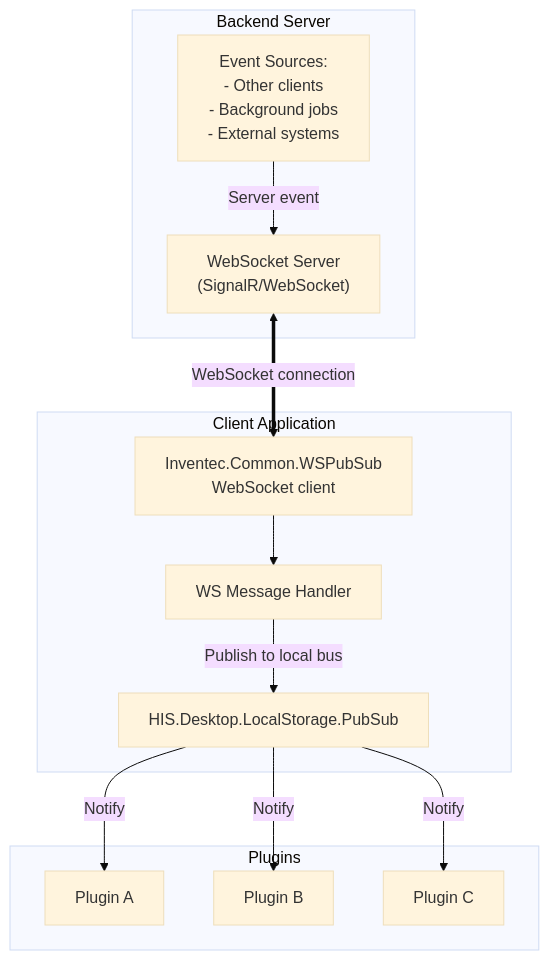
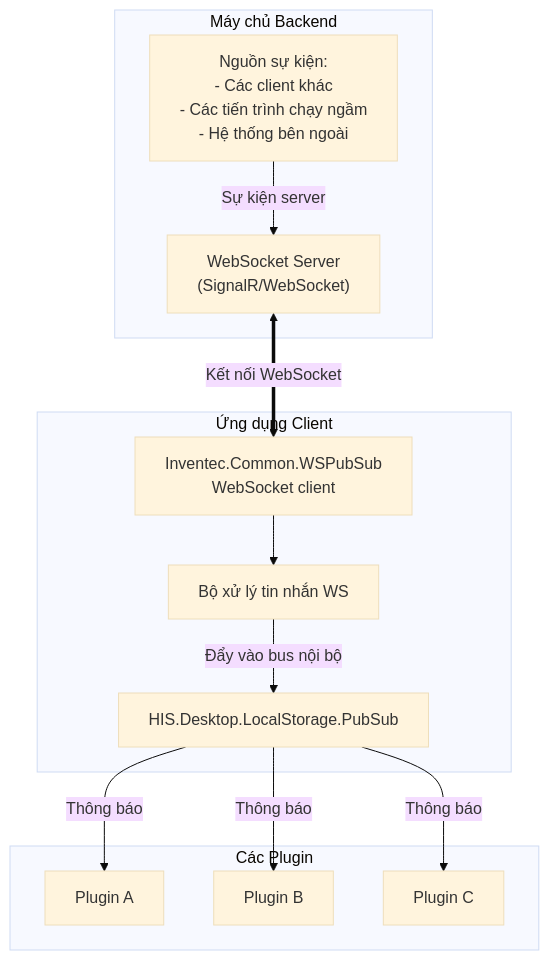
Before and after one commit to thangpnb/HIS: the fifth of 32 diagrams in docs/his-ba-documentation/04-integrations/notifications-events.md, drawn with Mermaid (base theme). The commit also changed other lines of this file and 30 other files, not shown here.

Commit message:
Refactor architecture docs and update translations

````diff
--- a/docs/his-ba-documentation/04-integrations/notifications-events.md
+++ b/docs/his-ba-documentation/04-integrations/notifications-events.md
@@ -272,28 +272,28 @@
 ```mermaid
 graph TB
-    subgraph "Backend Server"
+    subgraph "Máy chủ Backend"
         WSServer["WebSocket Server<br/>(SignalR/WebSocket)"]
-        EventSource["Event Sources:<br/>- Other clients<br/>- Background jobs<br/>- External systems"]
+        EventSource["Nguồn sự kiện:<br/>- Các client khác<br/>- Các tiến trình chạy ngầm<br/>- Hệ thống bên ngoài"]
     end
     
-    subgraph "Client Application"
+    subgraph "Ứng dụng Client"
         WSPubSub["Inventec.Common.WSPubSub<br/>WebSocket client"]
-        WSHandler["WS Message Handler"]
+        WSHandler["Bộ xử lý tin nhắn WS"]
         LocalPubSub["HIS.Desktop.LocalStorage.PubSub"]
     end
     
-    subgraph "Plugins"
+    subgraph "Các Plugin"
         PluginA["Plugin A"]
         PluginB["Plugin B"]
         PluginC["Plugin C"]
     end
     
-    EventSource -->|"Server event"| WSServer
-    WSServer <==>|"WebSocket connection"| WSPubSub
+    EventSource -->|"Sự kiện server"| WSServer
+    WSServer <==>|"Kết nối WebSocket"| WSPubSub
     WSPubSub --> WSHandler
-    WSHandler -->|"Publish to local bus"| LocalPubSub
+    WSHandler -->|"Đẩy vào bus nội bộ"| LocalPubSub
     
-    LocalPubSub -->|"Notify"| PluginA
-    LocalPubSub -->|"Notify"| PluginB
-    LocalPubSub -->|"Notify"| PluginC
+    LocalPubSub -->|"Thông báo"| PluginA
+    LocalPubSub -->|"Thông báo"| PluginB
+    LocalPubSub -->|"Thông báo"| PluginC
 ```
````
